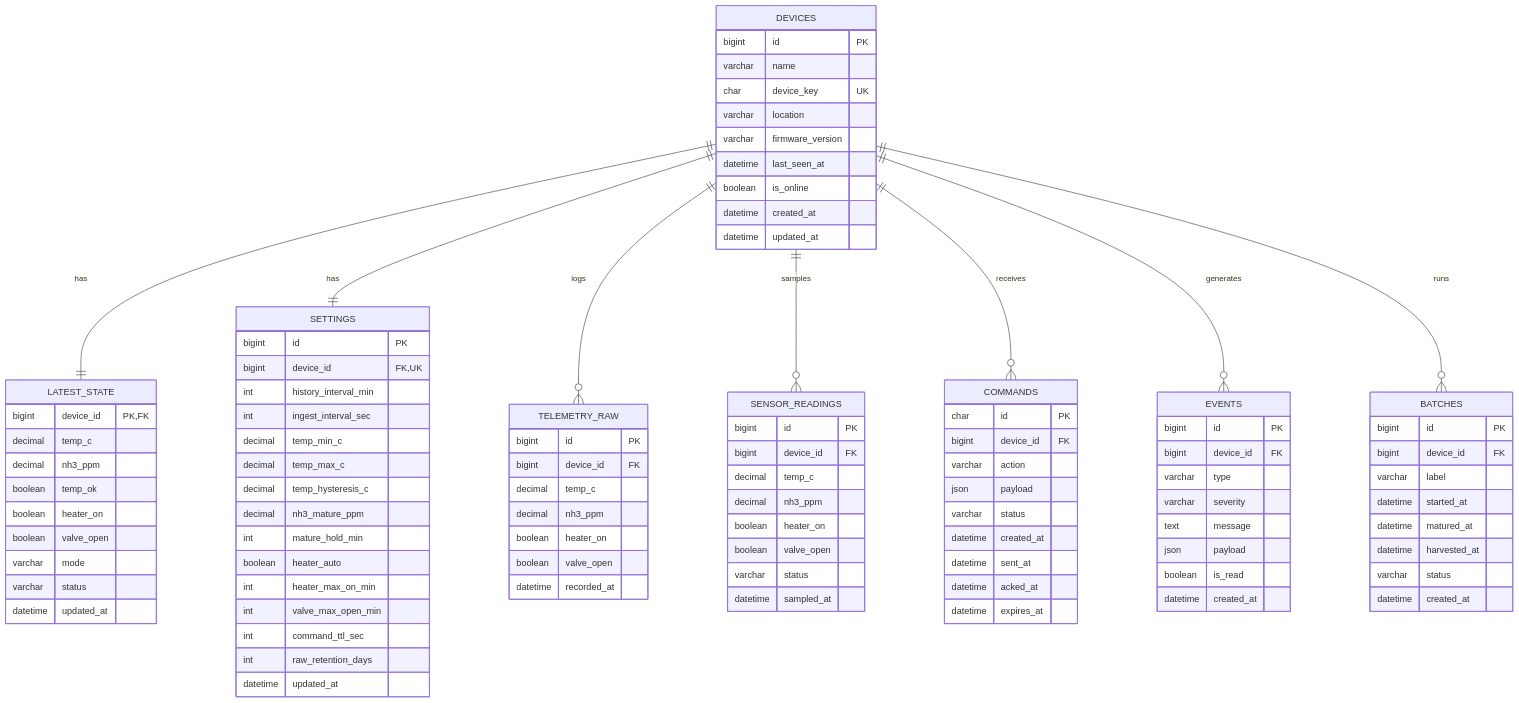
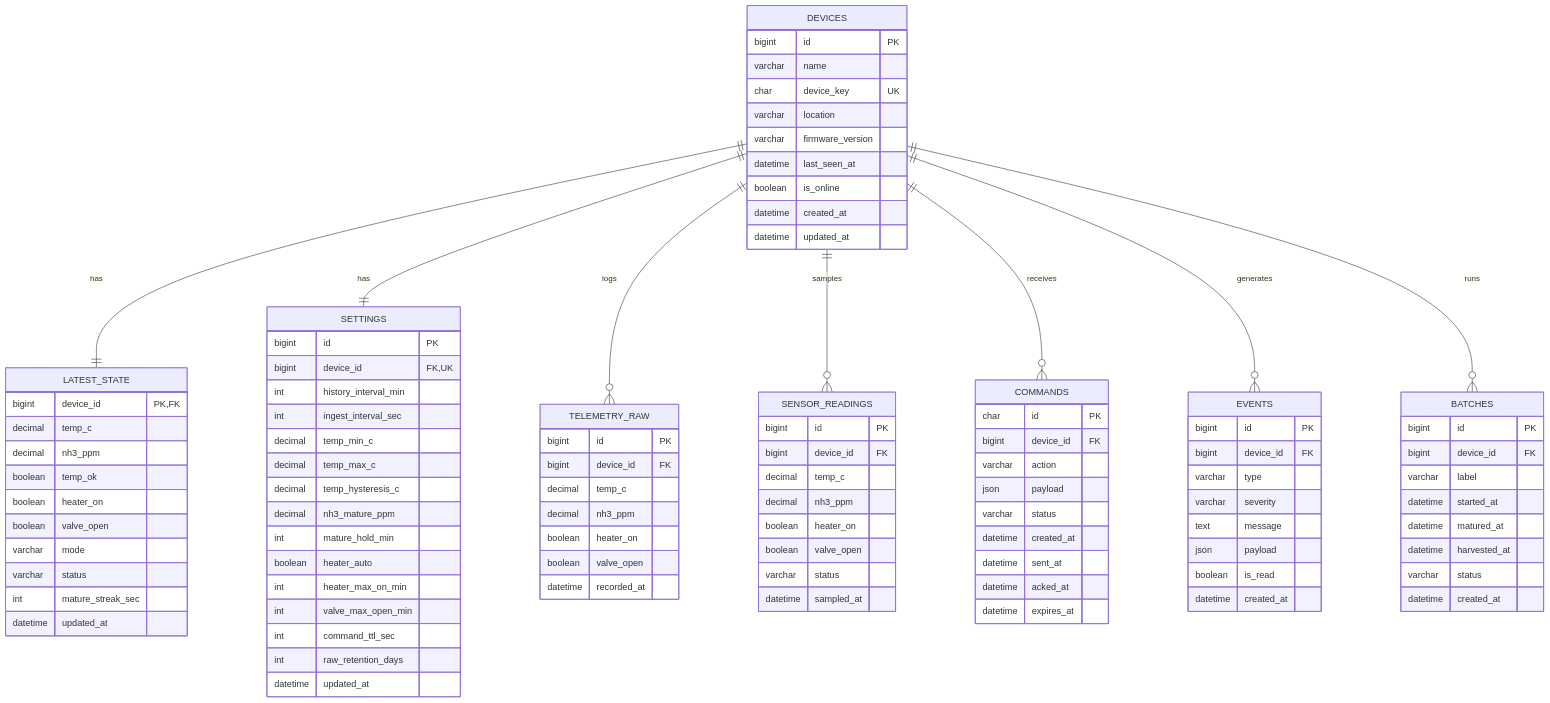
Before and after one commit to FarrelGhozy/SIMOHE: the diagram in docs/07-DATABASE-DESIGN.md, drawn with Mermaid. The commit also changed other lines of this file and 4 other files, not shown here.

First line of the commit message:
feat(server): kolom mature_streak_sec pada latest_state + migrasi

```diff
--- a/docs/07-DATABASE-DESIGN.md
+++ b/docs/07-DATABASE-DESIGN.md
@@ -35,6 +35,7 @@
       boolean valve_open
       varchar mode
       varchar status
+      int mature_streak_sec
       datetime updated_at
     }
     TELEMETRY_RAW {
```
